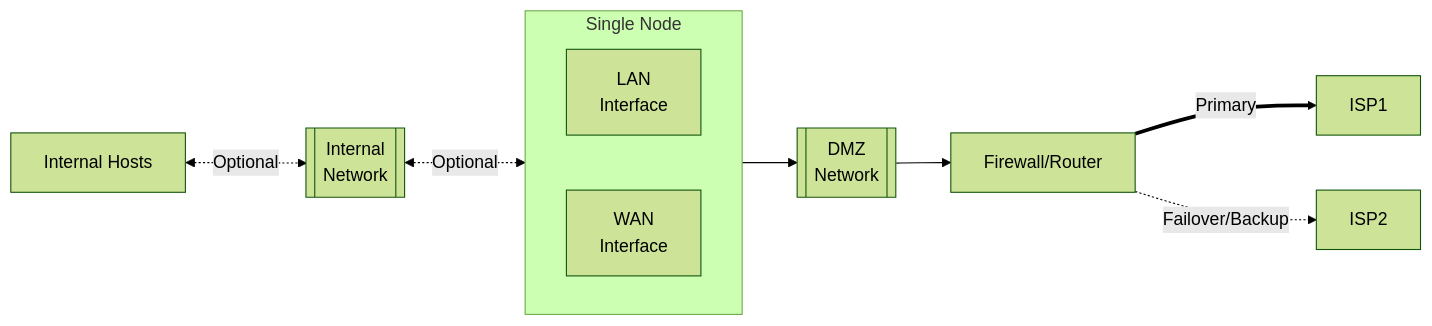
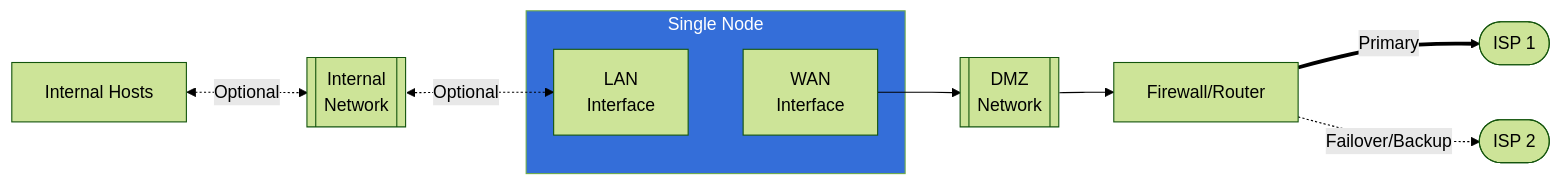
One commit to trustgrid/docs changed the first of 5 diagrams in content/en/help-center/kb/wan-redunancy/index.md. Above: the diagram before and after it, drawn with Mermaid (forest theme). The commit also changed other lines of this file, not shown here.

Commit message:
finalize WAN redundancy

````diff
--- a/content/en/help-center/kb/wan-redunancy/index.md
+++ b/content/en/help-center/kb/wan-redunancy/index.md
@@ -24,17 +27,19 @@
 ``` mermaid
 graph LR
     
     intHost[Internal Hosts]
     intNet[[Internal\n Network]]
     intHost <-.Optional.-> intNet <-.Optional.-> snLAN 
     subgraph sn [Single Node]
-        direction RL
         snWAN[WAN\nInterface]
         snLAN[LAN\nInterface]
+        snLAN ~~~ snWAN
     end
     firewall["Firewall/Router"]
     dmzNet[[DMZ\n Network]]
-    firewall == Primary==> ISP1 
-    firewall -. Failover/Backup .-> ISP2
+    firewall == Primary==> ISP1([ISP 1])
+    firewall -. Failover/Backup .-> ISP2([ISP 2])
     snWAN --> dmzNet --> firewall
+    classDef tgnode fill:#346ed9,color:white
+    class sn tgnode
 ```
````
